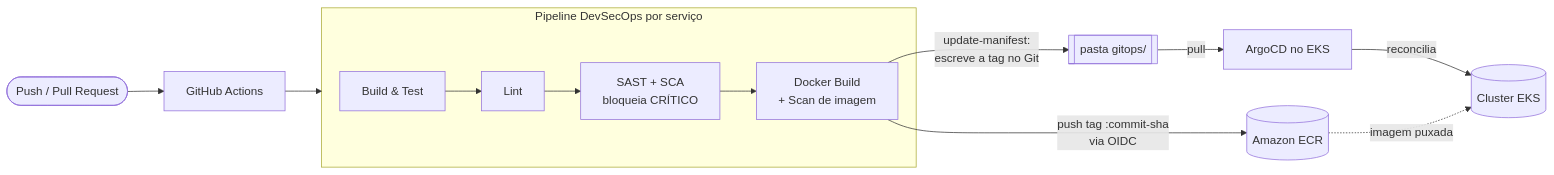
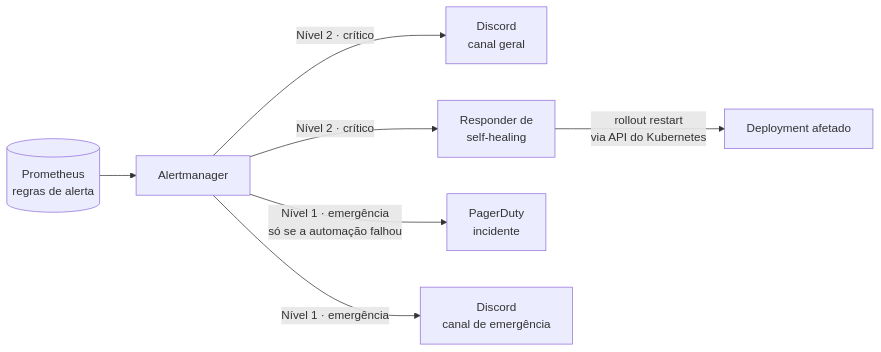
The second of 2 diagrams in README.md (artur-duart/togglemaster-devops-fiap), drawn with Mermaid before and after one commit. The commit also changed other lines of this file, not shown here.

````diff
--- a/README.md
+++ b/README.md
@@ -114,16 +117,11 @@
 ```mermaid
 flowchart LR
-    DEV([Push / Pull Request]) --> GHA[GitHub Actions]
+    PROM[(Prometheus<br/>regras de alerta)] --> AM[Alertmanager]
 
-    subgraph CI [Pipeline DevSecOps por serviço]
-      B[Build & Test] --> L[Lint] --> S[SAST + SCA<br/>bloqueia CRÍTICO] --> IMG[Docker Build<br/>+ Scan de imagem]
-    end
+    AM -->|Nível 2 · crítico| DG[Discord<br/>canal geral]
+    AM -->|Nível 2 · crítico| SH[Responder de<br/>self-healing]
+    SH -->|rollout restart<br/>via API do Kubernetes| DEP[Deployment afetado]
 
-    GHA --> CI
-    IMG -->|push tag :commit-sha<br/>via OIDC| ECR[(Amazon ECR)]
-    IMG -->|update-manifest:<br/>escreve a tag no Git| GITOPS[[pasta gitops/]]
-
-    GITOPS -->|pull| ARGO[ArgoCD no EKS]
-    ARGO -->|reconcilia| EKS[(Cluster EKS)]
-    ECR -.imagem puxada.-> EKS
+    AM -->|Nível 1 · emergência<br/>só se a automação falhou| PD[PagerDuty<br/>incidente]
+    AM -->|Nível 1 · emergência| DE[Discord<br/>canal de emergência]
 ```
````
